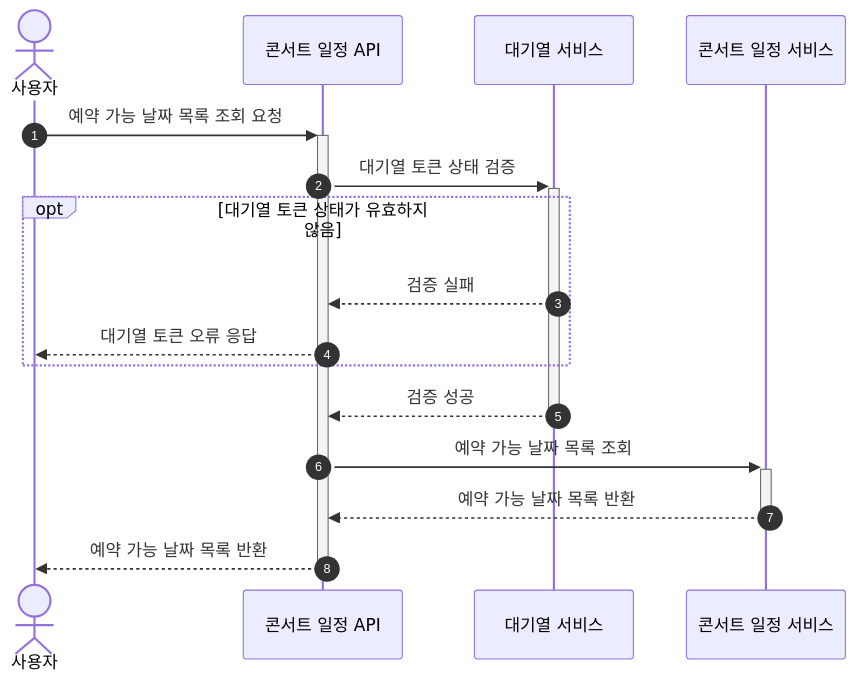
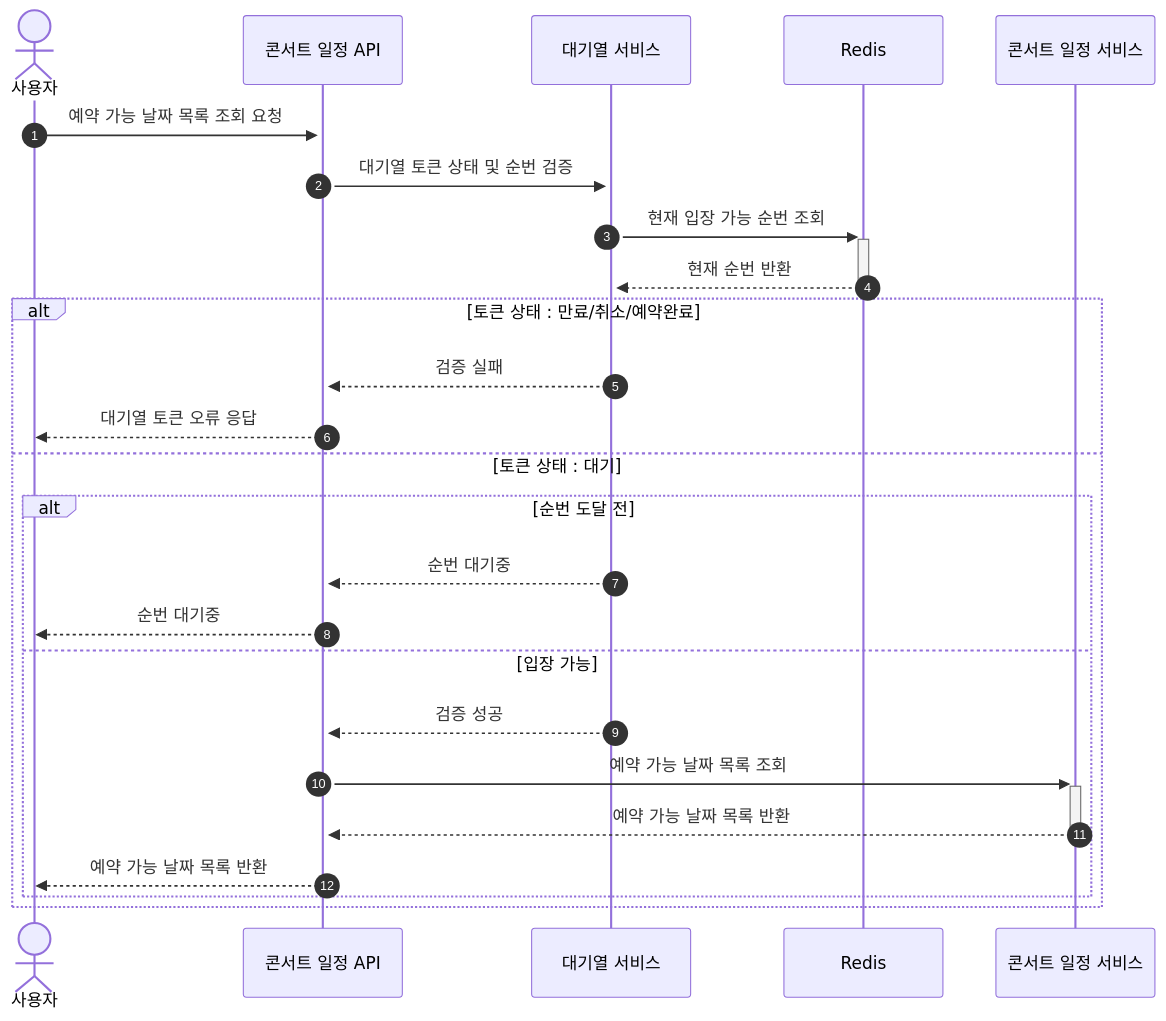
One commit to y-00jin/hhplus-server-concert changed the second of 7 diagrams in docs/02_sequenceDiagram.md. Above: the diagram before and after it, drawn with Mermaid. The commit also changed other lines of this file and 1 other file, not shown here.

First line of the commit message:
[2주차] PR 코멘트 반영: 시퀀스 다이어그램 업데이트 (#12)

````diff
--- a/docs/02_sequenceDiagram.md
+++ b/docs/02_sequenceDiagram.md
@@ -46,22 +47,32 @@
 ```mermaid
 sequenceDiagram
 
 	autonumber
 	actor 사용자 as 사용자
 	participant ScheduleAPI as 콘서트 일정 API
 	participant QueueService as 대기열 서비스
+	participant Redis as Redis
 	participant ScheduleService as 콘서트 일정 서비스
+
 	
-	사용자 ->>+ ScheduleAPI:예약 가능 날짜 목록 조회 요청
-	ScheduleAPI ->>+ QueueService:대기열 토큰 상태 검증
-	
-	opt 대기열 토큰 상태가 유효하지 않음
+	사용자 ->>+ ScheduleAPI: 예약 가능 날짜 목록 조회 요청
+	ScheduleAPI ->>+ QueueService: 대기열 토큰 상태 및 순번 검증
+	QueueService ->>+ Redis: 현재 입장 가능 순번 조회
+	Redis -->>- QueueService: 현재 순번 반환
+
+	alt 토큰 상태 : 만료/취소/예약완료
 		QueueService -->> ScheduleAPI: 검증 실패
 		ScheduleAPI -->> 사용자: 대기열 토큰 오류 응답
+	else 토큰 상태 : 대기
+		alt 순번 도달 전
+			QueueService -->> ScheduleAPI: 순번 대기중
+			ScheduleAPI -->> 사용자: 순번 대기중
+		else 입장 가능
+			QueueService -->> ScheduleAPI: 검증 성공
+			ScheduleAPI ->>+ ScheduleService: 예약 가능 날짜 목록 조회
+			ScheduleService -->>- ScheduleAPI: 예약 가능 날짜 목록 반환
+			ScheduleAPI -->> 사용자: 예약 가능 날짜 목록 반환
+		end
 	end
-	
-	QueueService -->>- ScheduleAPI: 검증 성공
-	ScheduleAPI ->>+ ScheduleService:예약 가능 날짜 목록 조회
-	ScheduleService -->>- ScheduleAPI:예약 가능 날짜 목록 반환
-	ScheduleAPI -->>- 사용자: 예약 가능 날짜 목록 반환
+
 ```
````
